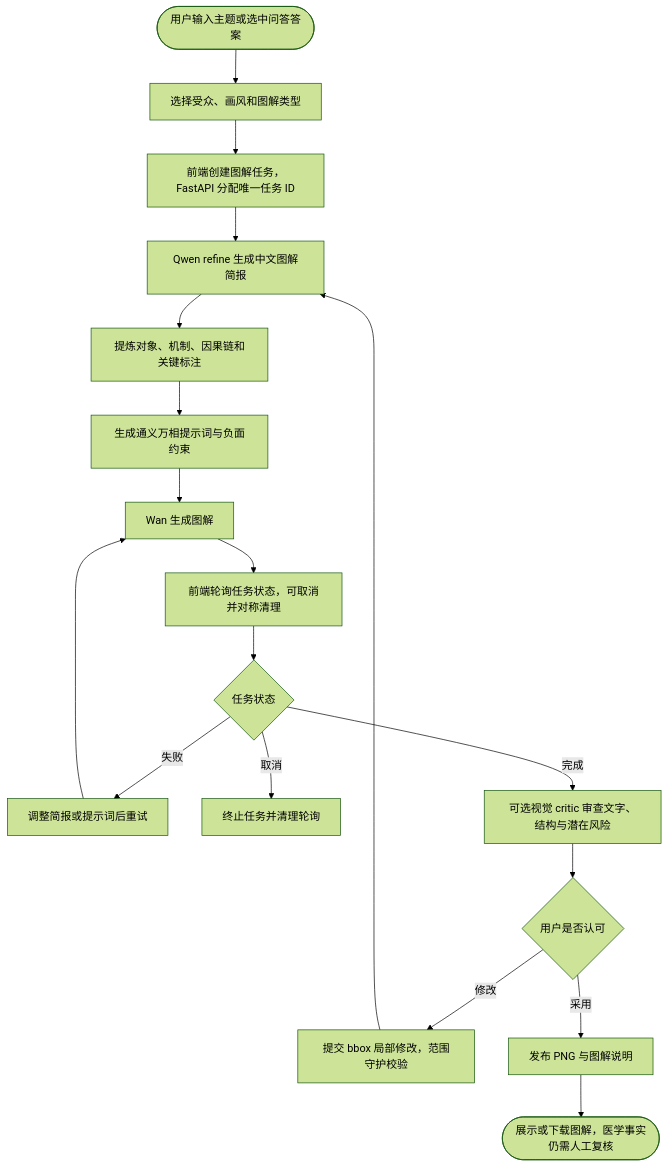
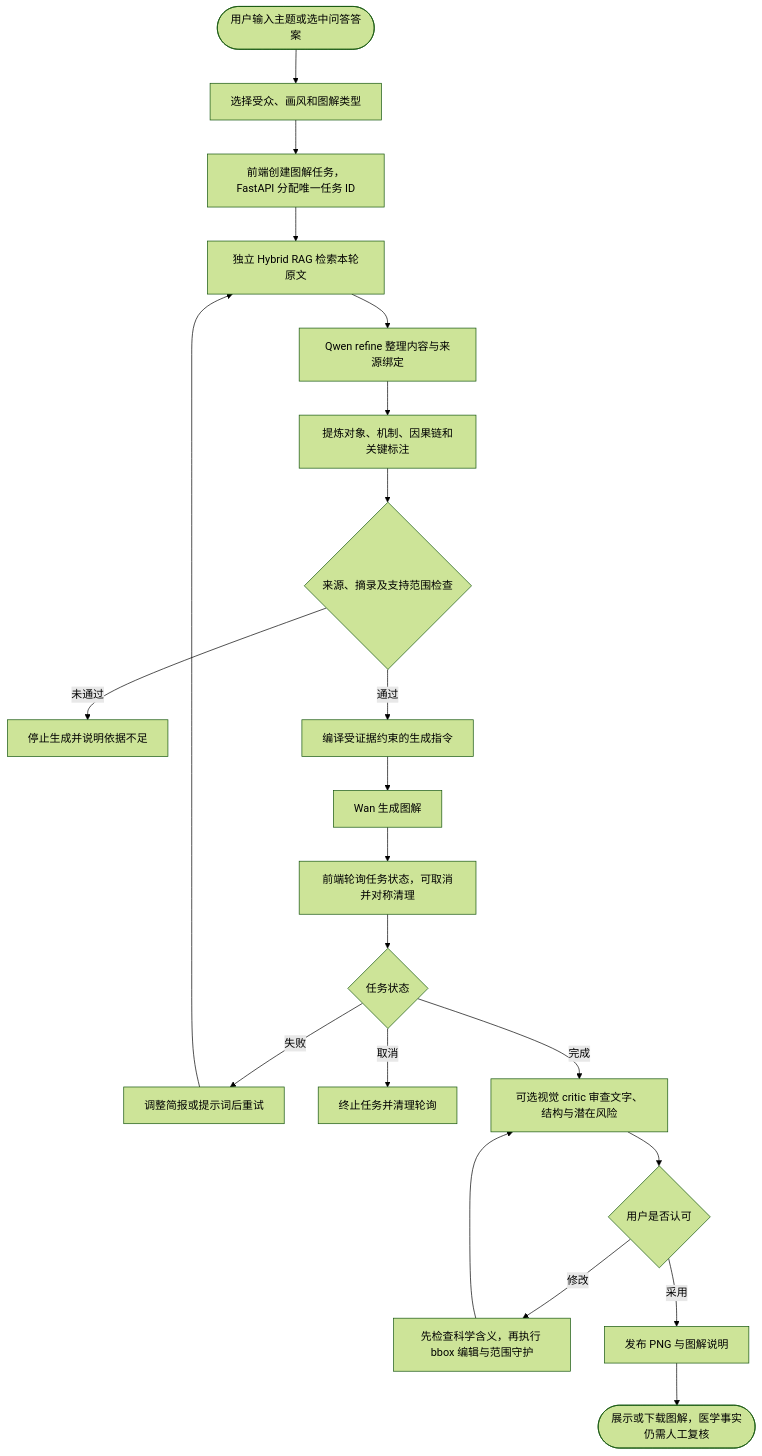
One commit to bannnnnddse/vaccine-ai-yimiaozhihui changed the second of 3 diagrams in README.md. Above: the diagram before and after it, drawn with Mermaid (forest theme). The commit also changed other lines of this file and 29 other files, not shown here.

````diff
--- a/README.md
+++ b/README.md
@@ -64,25 +64,28 @@
 ```mermaid
 flowchart TB
     accTitle: 科学图解运行工作流
-    accDescr: 正式任务从主题输入、Qwen 简报到 Wan 生成，可选视觉审核及用户框选编辑；当前不含独立证据检索。
+    accDescr: 正式任务从主题输入、Qwen 简报到 Wan 生成，可选视觉审核及用户框选编辑；先独立检索并绑定来源，缺少支持时停止生成。
 
     user([用户输入主题或选中问答答案]) --> choose[选择受众、画风和图解类型]
     choose --> create_job[前端创建图解任务，FastAPI 分配唯一任务 ID]
-    create_job --> qwen_brief[Qwen refine 生成中文图解简报]
+    create_job --> evidence[独立 Hybrid RAG 检索本轮原文]
+    evidence --> qwen_brief[Qwen refine 整理内容与来源绑定]
     qwen_brief --> extract[提炼对象、机制、因果链和关键标注]
-    extract --> prompt_design[生成通义万相提示词与负面约束]
+    extract --> binding{来源、摘录及支持范围检查}
+    binding -->|未通过| stop[停止生成并说明依据不足]
+    binding -->|通过| prompt_design[编译受证据约束的生成指令]
 
     prompt_design --> wanxiang[Wan 生成图解]
     wanxiang --> poll[前端轮询任务状态，可取消并对称清理]
     poll --> status{任务状态}
     status -->|失败| retry[调整简报或提示词后重试]
-    retry --> wanxiang
+    retry --> evidence
     status -->|取消| cancel[终止任务并清理轮询]
     status -->|完成| quality[可选视觉 critic 审查文字、结构与潜在风险]
 
     quality --> approve{用户是否认可}
-    approve -->|修改| edit[提交 bbox 局部修改，范围守护校验]
-    edit --> qwen_brief
+    approve -->|修改| edit[先检查科学含义，再执行 bbox 编辑与范围守护]
+    edit --> quality
     approve -->|采用| publish[发布 PNG 与图解说明]
     publish --> result([展示或下载图解，医学事实仍需人工复核])
 ```
````
